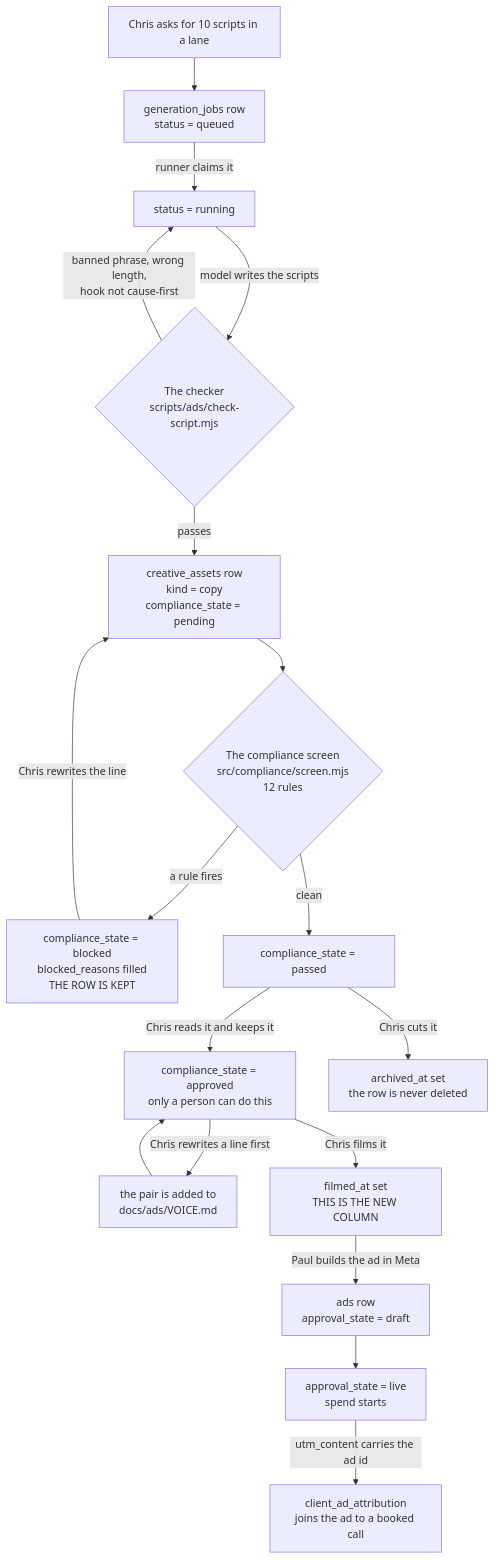
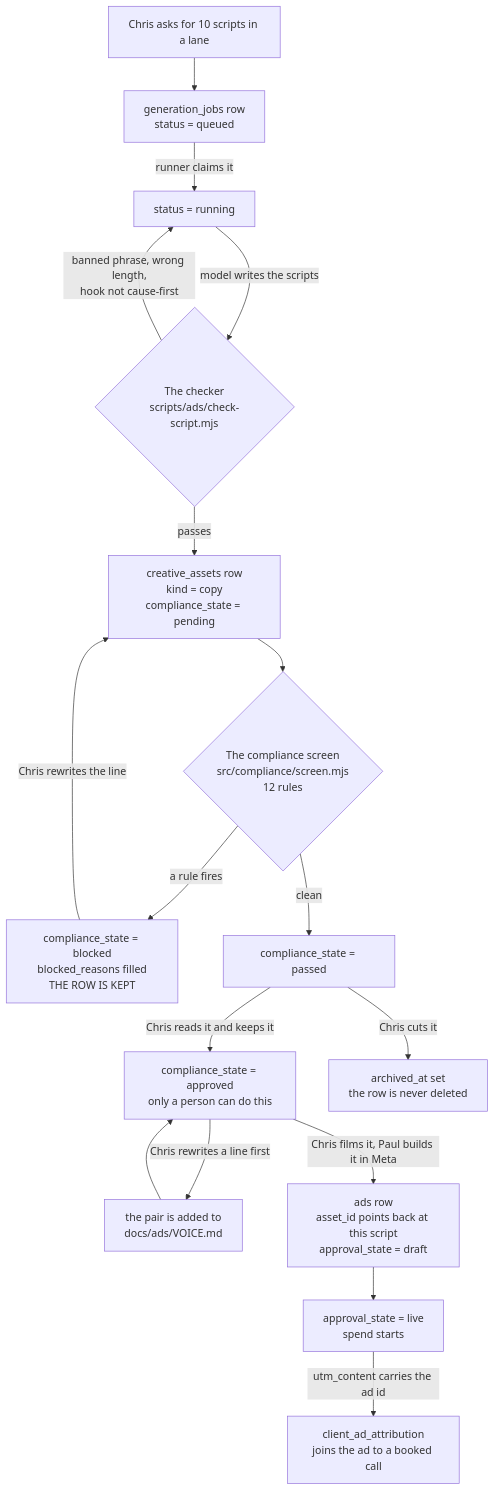
The diagram in docs/journeys/ad-script-flow.md (ZootimusMaximusSupreme/Fundhub_ai), drawn with Mermaid before and after one commit. The commit also changed other lines of this file and 1 other file, not shown here.

First line of the commit message:
Drop filmed_at: the link already exists

````diff
--- a/docs/journeys/ad-script-flow.md
+++ b/docs/journeys/ad-script-flow.md
@@ -29,20 +29,19 @@
 ```mermaid
 flowchart TD
     A["Chris asks for 10 scripts in a lane"] --> B["generation_jobs row<br/>status = queued"]
     B -->|runner claims it| C["status = running"]
     C -->|model writes the scripts| D{"The checker<br/>scripts/ads/check-script.mjs"}
     D -->|banned phrase, wrong length,<br/>hook not cause-first| C
     D -->|passes| E["creative_assets row<br/>kind = copy<br/>compliance_state = pending"]
     E --> F{"The compliance screen<br/>src/compliance/screen.mjs<br/>12 rules"}
     F -->|a rule fires| G["compliance_state = blocked<br/>blocked_reasons filled<br/>THE ROW IS KEPT"]
     F -->|clean| H["compliance_state = passed"]
     G -->|Chris rewrites the line| E
     H -->|Chris reads it and keeps it| I["compliance_state = approved<br/>only a person can do this"]
     H -->|Chris cuts it| J["archived_at set<br/>the row is never deleted"]
     I -->|Chris rewrites a line first| K["the pair is added to<br/>docs/ads/VOICE.md"]
     K --> I
-    I -->|Chris films it| L["filmed_at set<br/>THIS IS THE NEW COLUMN"]
-    L -->|Paul builds the ad in Meta| M["ads row<br/>approval_state = draft"]
+    I -->|Chris films it, Paul builds it in Meta| M["ads row<br/>asset_id points back at this script<br/>approval_state = draft"]
     M --> N["approval_state = live<br/>spend starts"]
     N -->|utm_content carries the ad id| O["client_ad_attribution<br/>joins the ad to a booked call"]
 ```
````
